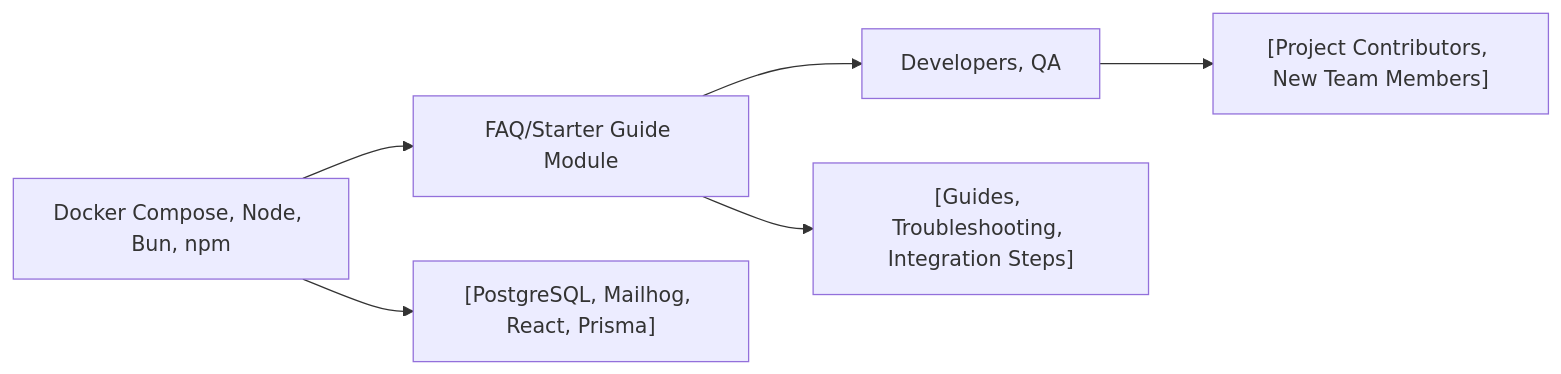
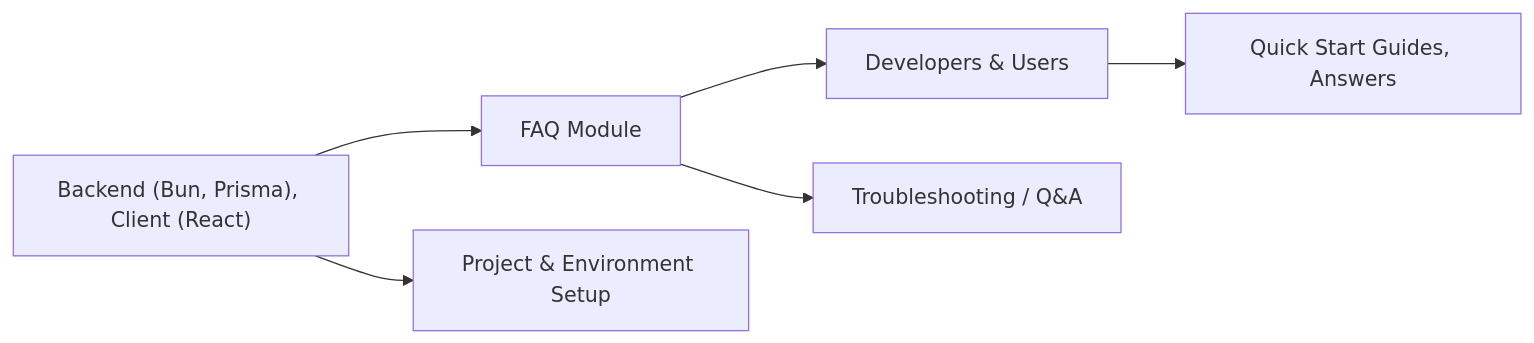
Before and after one commit to test-orga-shelfya/test-shelfya: the diagram in .shelfya/starter/faq.md, drawn with Mermaid. The commit also changed other lines of this file and 8 other files, not shown here.

````diff
--- a/.shelfya/starter/faq.md
+++ b/.shelfya/starter/faq.md
@@ -51,7 +76,7 @@
 ```mermaid
 flowchart LR
-  dependencies["Docker Compose, Node, Bun, npm"] --> thisModule["FAQ/Starter Guide Module"] --> usedBy["Developers, QA"]
-  dependencies --> details["[PostgreSQL, Mailhog, React, Prisma]"]
-  thisModule --> process["[Guides, Troubleshooting, Integration Steps]"] 
-  usedBy --> consumers["[Project Contributors, New Team Members]"]
+  dependencies["Backend (Bun, Prisma), Client (React)"] --> faqModule["FAQ Module"] --> usedBy["Developers & Users"]
+  dependencies --> backendSetup["Project & Environment Setup"]
+  faqModule --> troubleshooting["Troubleshooting / Q&A"]
+  usedBy --> quickStart["Quick Start Guides, Answers"]
 ```
````
